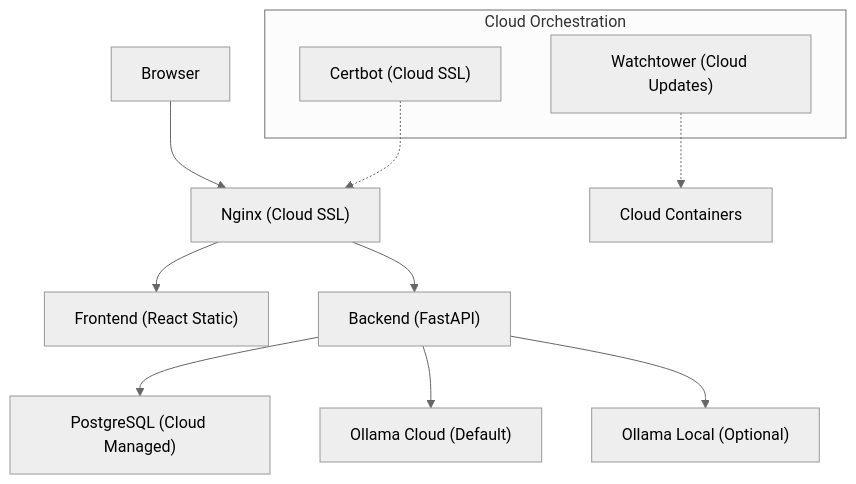
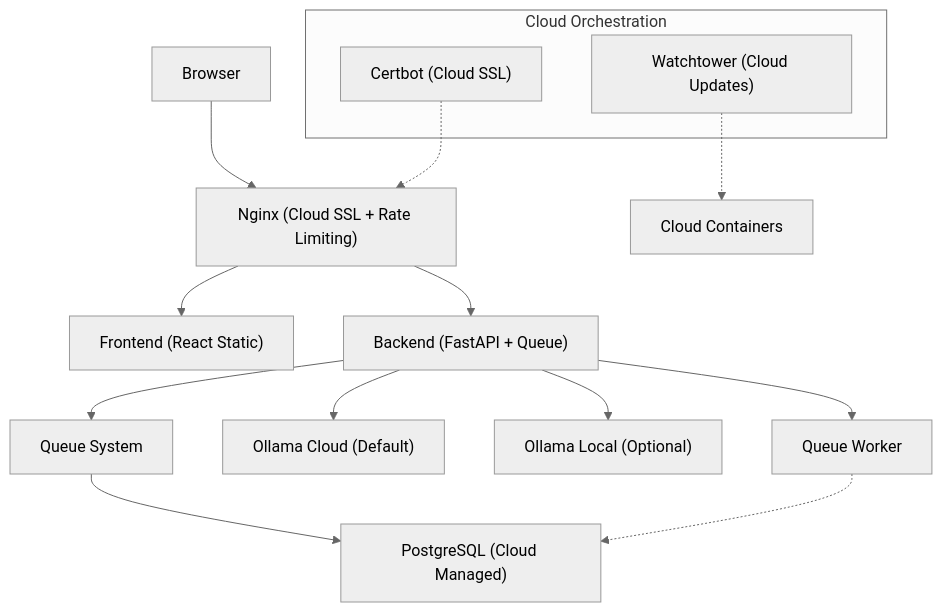
One commit to Revanththetalogics/aireume changed the third of 12 diagrams in .qoder/repowiki/en/content/Deployment & DevOps/Deployment & DevOps.md. Above: the diagram before and after it, drawn with Mermaid (neutral theme). The commit also changed other lines of this file and 20 other files, not shown here.

````diff
--- a/.qoder/repowiki/en/content/Deployment & DevOps/Deployment & DevOps.md
+++ b/.qoder/repowiki/en/content/Deployment & DevOps/Deployment & DevOps.md
@@ -156,15 +182,18 @@
 ```mermaid
 graph TB
-Client["Browser"] --> Nginx["Nginx (Cloud SSL)"]
+Client["Browser"] --> Nginx["Nginx (Cloud SSL + Rate Limiting)"]
 Nginx --> FE["Frontend (React Static)"]
-Nginx --> BE["Backend (FastAPI)"]
-BE --> DB["PostgreSQL (Cloud Managed)"]
+Nginx --> BE["Backend (FastAPI + Queue)"]
+BE --> Queue["Queue System"]
+Queue --> DB["PostgreSQL (Cloud Managed)"]
 BE --> OllamaCloud["Ollama Cloud (Default)"]
 BE --> OllamaLocal["Ollama Local (Optional)"]
+BE --> QueueWorker["Queue Worker"]
 subgraph "Cloud Orchestration"
 Watchtower["Watchtower (Cloud Updates)"]
 Certbot["Certbot (Cloud SSL)"]
 end
 Watchtower -.-> Containers["Cloud Containers"]
 Certbot -.-> Nginx
+QueueWorker -.-> DB
 ```
````
